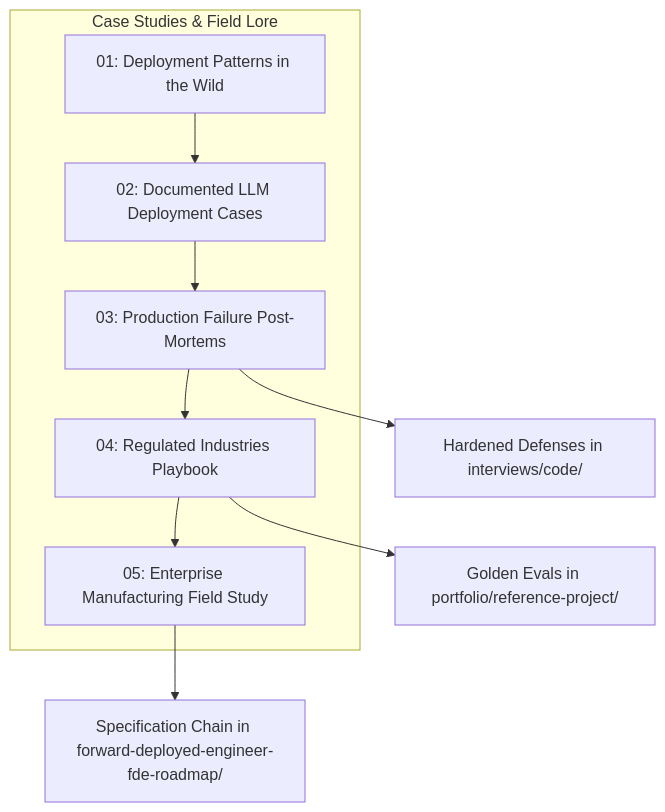
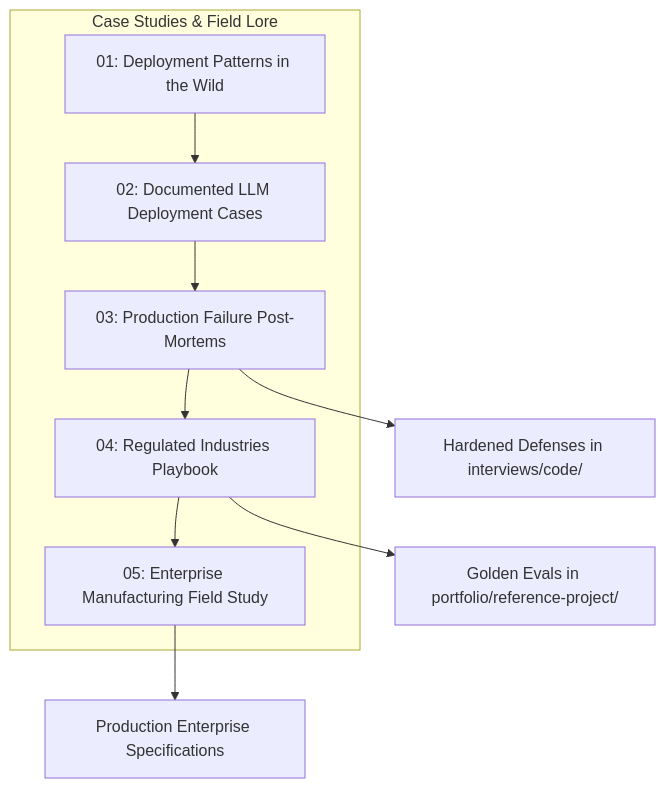
The diagram in case-studies/README.md (AdilShamim8/FDE-Field-Guide), drawn with Mermaid before and after one commit. The commit also changed 7 other files, not shown here.

Commit message:
Remove forward-deployed-engineer-fde-roadmap folder from git tracking and add to .gitignore

````diff
--- a/case-studies/README.md
+++ b/case-studies/README.md
@@ -13,12 +13,12 @@
 ```mermaid
 graph TD
     subgraph Case Studies & Field Lore
         P1[01: Deployment Patterns in the Wild] --> P2[02: Documented LLM Deployment Cases]
         P2 --> P3[03: Production Failure Post-Mortems]
         P3 --> P4[04: Regulated Industries Playbook]
         P4 --> P5[05: Enterprise Manufacturing Field Study]
     end
     P3 --> Defenses[Hardened Defenses in interviews/code/]
     P4 --> Golden[Golden Evals in portfolio/reference-project/]
-    P5 --> RoadmapDocs[Specification Chain in forward-deployed-engineer-fde-roadmap/]
+    P5 --> ProductionSpecs[Production Enterprise Specifications]
 ```
````
